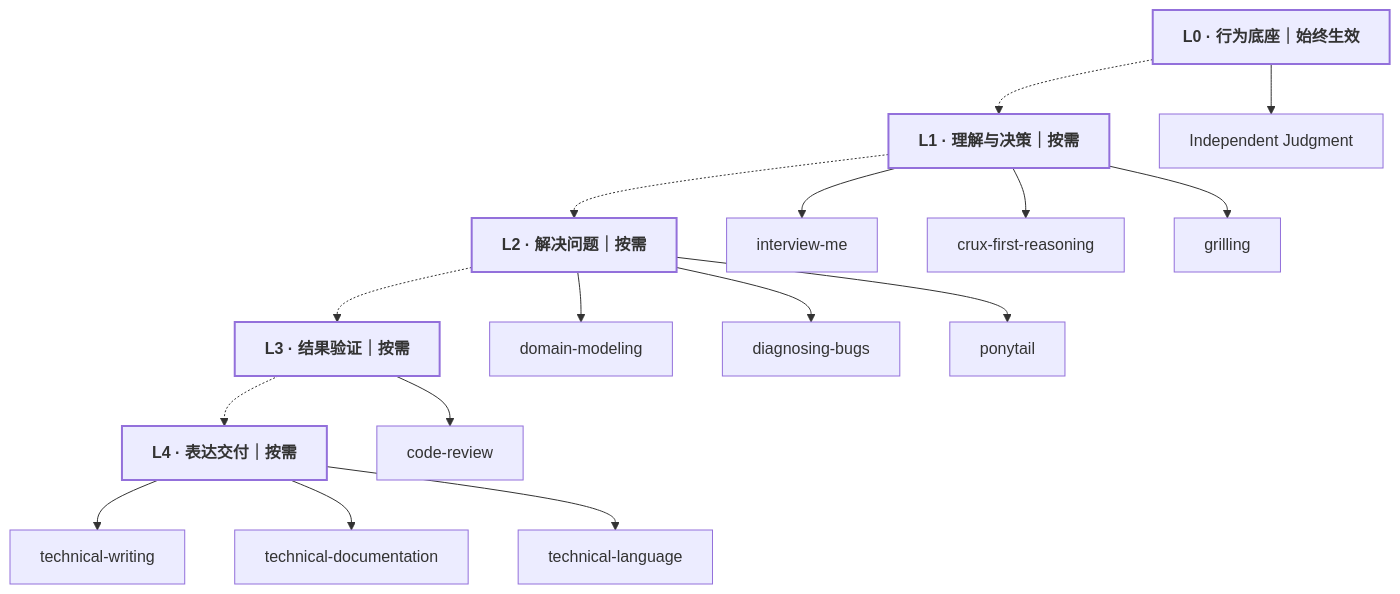
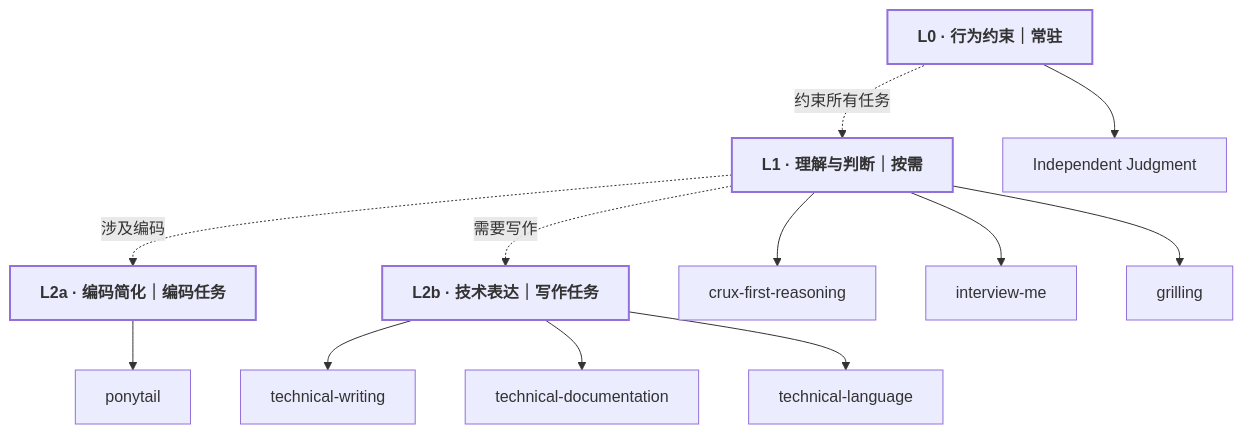
Before and after one commit to oydodo/skills: the diagram in README.md, drawn with Mermaid. The commit also changed other lines of this file and 7 other files, not shown here.

````diff
--- a/README.md
+++ b/README.md
@@ -5,32 +5,25 @@
 ```mermaid
 flowchart TB
-    L0["L0 · 行为底座｜始终生效"]
-    L1["L1 · 理解与决策｜按需"]
-    L2["L2 · 解决问题｜按需"]
-    L3["L3 · 结果验证｜按需"]
-    L4["L4 · 表达交付｜按需"]
-
-    L0 -.-> L1
-    L1 -.-> L2
-    L2 -.-> L3
-    L3 -.-> L4
+    L0["L0 · 行为约束｜常驻"]
+    L1["L1 · 理解与判断｜按需"]
+    L2C["L2a · 编码简化｜编码任务"]
+    L2W["L2b · 技术表达｜写作任务"]
 
     L0 --> IJ["Independent Judgment"]
+    L0 -. "约束所有任务" .-> L1
 
+    L1 --> CR["crux-first-reasoning"]
     L1 --> IM["interview-me"]
-    L1 --> CR["crux-first-reasoning"]
     L1 --> GR["grilling"]
 
-    L2 --> DM["domain-modeling"]
-    L2 --> DB["diagnosing-bugs"]
-    L2 --> PT["ponytail"]
+    L1 -. "涉及编码" .-> L2C
+    L1 -. "需要写作" .-> L2W
 
-    L3 --> RV["code-review"]
-
-    L4 --> TW["technical-writing"]
-    L4 --> TD["technical-documentation"]
-    L4 --> TL["technical-language"]
+    L2C --> PT["ponytail"]
+    L2W --> TW["technical-writing"]
+    L2W --> TD["technical-documentation"]
+    L2W --> TL["technical-language"]
 
     classDef layer stroke-width:2px,font-weight:bold
-    class L0,L1,L2,L3,L4 layer
+    class L0,L1,L2C,L2W layer
 ```
````
